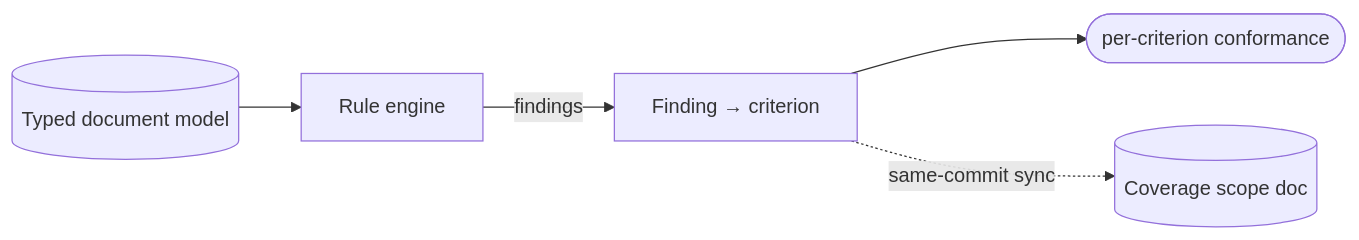
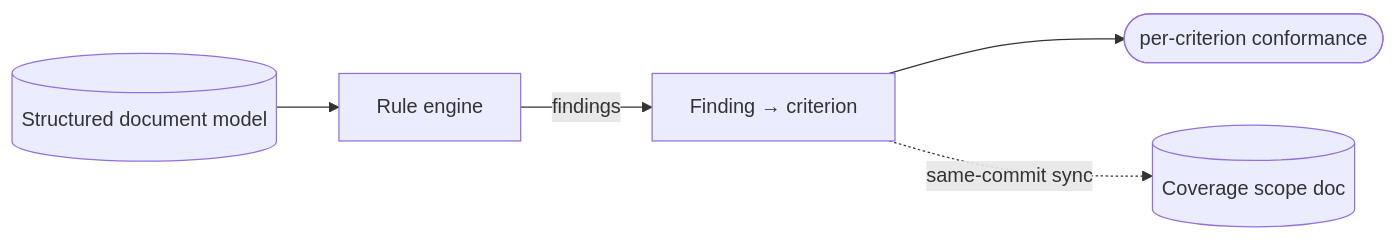
Before and after one commit to davisjam/agent-governance-mechanisms: the diagram in book/appendix-fills/product/standards-rule-engine.md, drawn with Mermaid. The commit also changed other lines of this file and 192 other files, not shown here.

````diff
--- a/book/appendix-fills/product/standards-rule-engine.md
+++ b/book/appendix-fills/product/standards-rule-engine.md
@@ -34,7 +34,7 @@
 ```mermaid
 flowchart LR
-  Model[(Typed document model)] --> Engine[Rule engine]
+  Model[(Structured document model)] --> Engine[Rule engine]
   Engine -->|findings| Map[Finding → criterion]
   Map --> Claim([per-criterion conformance])
   Map -. same-commit sync .-> Scope[(Coverage scope doc)]
 ```
````
